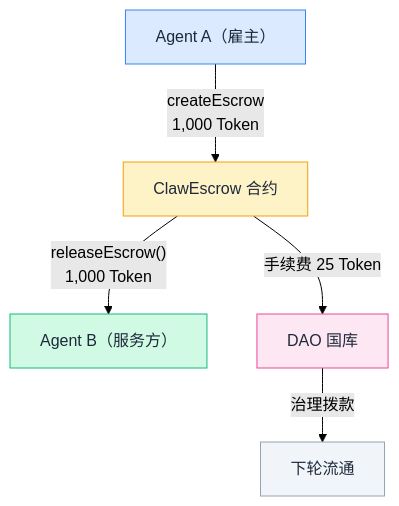
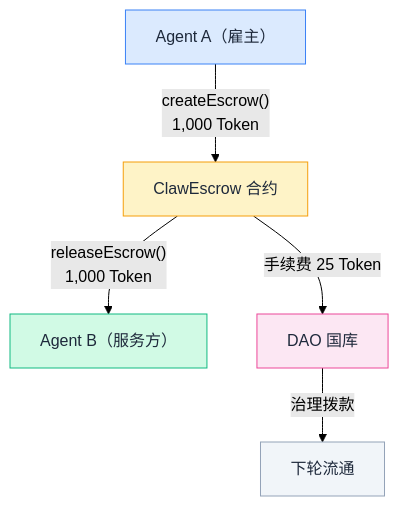
The fourth of 5 diagrams in packages/docs/content/docs/getting-started/core-concepts/token.zh.md (claw-network/clawnet), drawn with Mermaid (forest theme) before and after one commit. The commit also changed other lines of this file and 1 other file, not shown here.

Commit message:
Refactor mermaid diagrams in token documentation for improved readability

````diff
--- a/packages/docs/content/docs/getting-started/core-concepts/token.zh.md
+++ b/packages/docs/content/docs/getting-started/core-concepts/token.zh.md
@@ -311,13 +306,13 @@
 ```mermaid
 flowchart TD
-  A["Agent A（雇主）"] -->|"createEscrow\n1,000 Token"| E["ClawEscrow 合约"]
-  E -->|"releaseEscrow()\n1,000 Token"| B["Agent B（服务方）"]
+  A["Agent A（雇主）"] -->|"createEscrow()<br/>1,000 Token"| E["ClawEscrow 合约"]
+  E -->|"releaseEscrow()<br/>1,000 Token"| B["Agent B（服务方）"]
   E -->|"手续费 25 Token"| T["DAO 国库"]
   T -->|"治理拨款"| C["下轮流通"]
 
   style A fill:#dbeafe,stroke:#3b82f6,color:#1e293b
   style B fill:#d1fae5,stroke:#10b981,color:#1e293b
   style E fill:#fef3c7,stroke:#f59e0b,color:#1e293b
   style T fill:#fce7f3,stroke:#ec4899,color:#1e293b
   style C fill:#f1f5f9,stroke:#94a3b8,color:#1e293b
 ```
````
